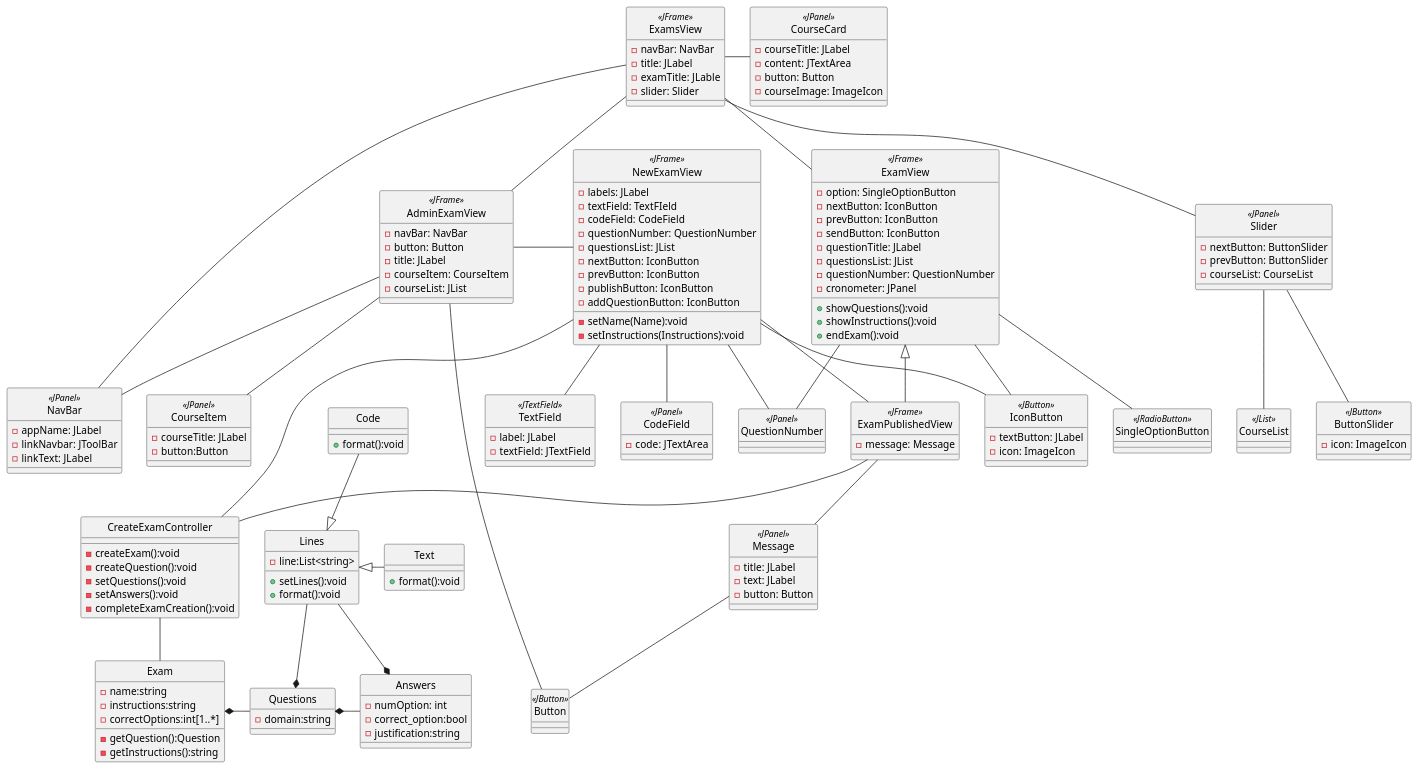
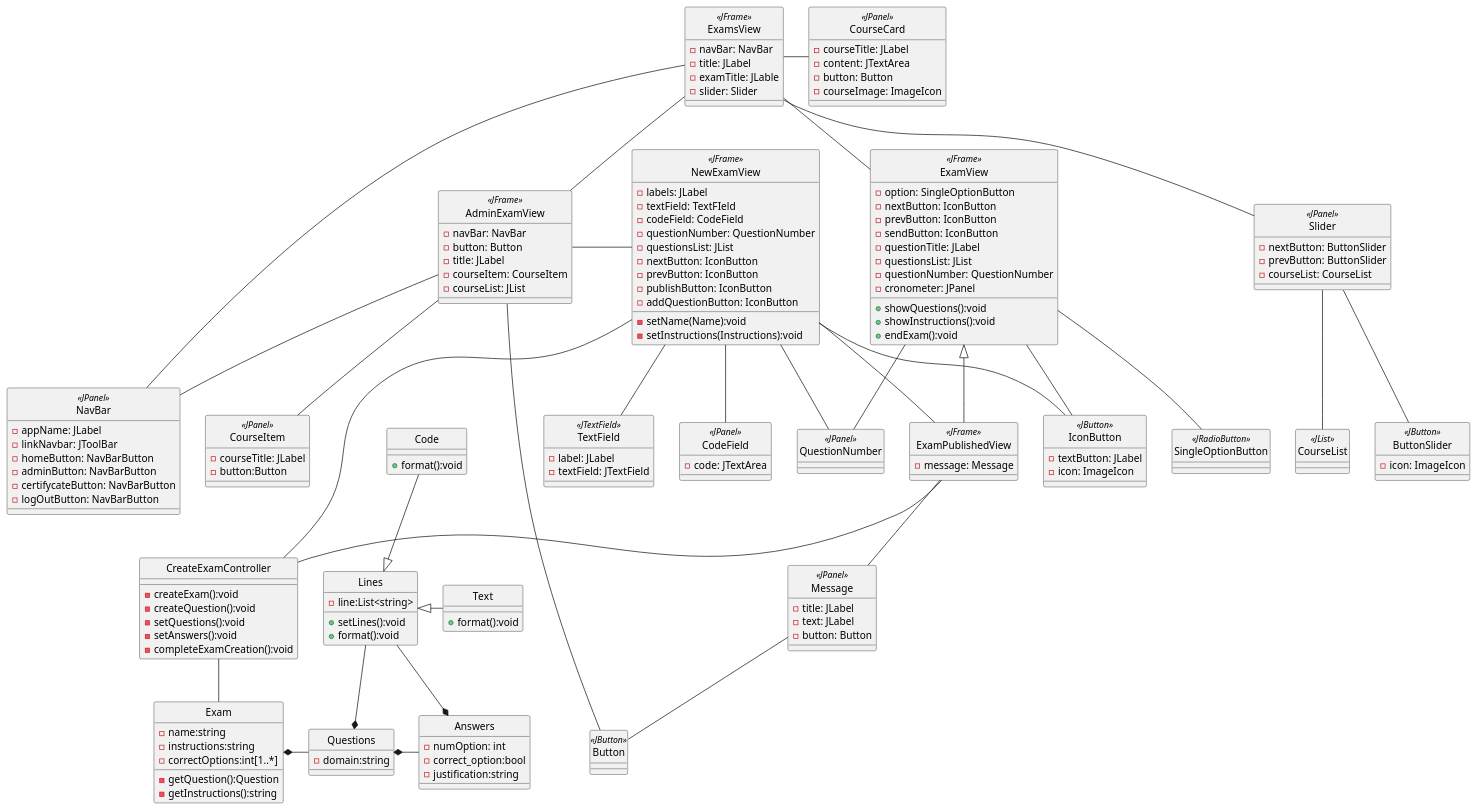
One commit to TheSProyect/Proyecto-IS-Grupo-1 changed the diagram in docs/logicalView/desingView/classDesign/Design-CreateExamClassDiagram.plantuml. Above: the diagram before and after it, drawn with PlantUML.

Commit message:
Update design diagram: CreateExamClassDiagram

```diff
--- a/docs/logicalView/desingView/classDesign/Design-CreateExamClassDiagram.plantuml
+++ b/docs/logicalView/desingView/classDesign/Design-CreateExamClassDiagram.plantuml
@@ -1,183 +1,186 @@
 @startuml Design-ClassDiagram
 skinparam style strictuml
 
 ' Ui Components
 class NavBar <<JPanel>>{
     -appName: JLabel
     -linkNavbar: JToolBar
-    -linkText: JLabel
+    -homeButton: NavBarButton
+    -adminButton: NavBarButton
+    -certifycateButton: NavBarButton
+    -logOutButton: NavBarButton
 __
 }
 class TextField <<JTextField>>{
     -label: JLabel
     -textField: JTextField
 __
 }
 class CodeField <<JPanel>>{
     -code: JTextArea
 }
 class Button <<JButton>>
 
 class ButtonSlider <<JButton>>{
     -icon: ImageIcon
 }
 class IconButton <<JButton>>{
     -textButton: JLabel
     -icon: ImageIcon
 }
 class CourseCard <<JPanel>>{
     -courseTitle: JLabel
     -content: JTextArea
     -button: Button
     -courseImage: ImageIcon
 }
 class CourseList <<JList>>
 
 class Slider <<JPanel>>{
     -nextButton: ButtonSlider
     -prevButton: ButtonSlider
     -courseList: CourseList
 }
 class SingleOptionButton <<JRadioButton>>
 class QuestionNumber <<JPanel>>
 class CourseItem <<JPanel>>{
     -courseTitle: JLabel
     -button:Button
 }
 class Message <<JPanel>>{
     -title: JLabel
     -text: JLabel
     -button: Button
 __
 }
 
 ' Views
 class ExamsView as "ExamsView" <<JFrame>> { /' MisExamenes'/
     -navBar: NavBar
     -title: JLabel
     -examTitle: JLable
     -slider: Slider
 __
 }
 class ExamView as "ExamView" <<JFrame>> { /' Examen'/
     -option: SingleOptionButton
     -nextButton: IconButton
     -prevButton: IconButton
     -sendButton: IconButton
     -questionTitle: JLabel
     -questionsList: JList
     -questionNumber: QuestionNumber
     -cronometer: JPanel
 __
     +showQuestions():void
     +showInstructions():void
     +endExam():void
 }
 
 class NewExamView as "NewExamView" <<JFrame>>{ /' CrearExamen'/
     -labels: JLabel
     -textField: TextFIeld
     -codeField: CodeField
     -questionNumber: QuestionNumber
     -questionsList: JList
     -nextButton: IconButton
     -prevButton: IconButton
     -publishButton: IconButton
     -addQuestionButton: IconButton
 __
     -setName(Name):void
     -setInstructions(Instructions):void
 }
 
 class ExamPublishedView as "ExamPublishedView" <<JFrame>> {/' ExamenCreado'/
     -message: Message
 }
 class AdminExamView as "AdminExamView" <<JFrame>>{ /' AdministradorExamenes'/
     -navBar: NavBar
     -button: Button
     -title: JLabel
     -courseItem: CourseItem
     -courseList: JList
 __
 }
 
 'Controllers
 class CreateExamController{
 __
     -createExam():void
     -createQuestion():void
     -setQuestions():void
     -setAnswers():void
     -completeExamCreation():void
 }
 
 'Models
 class Questions{
     -domain:string
 }
 class Answers {
     -numOption: int
     -correct_option:bool
     -justification:string
 }
 class Exam {
     -name:string
     -instructions:string
     -correctOptions:int[1..*]
 __
     -getQuestion():Question
     -getInstructions():string
 }
 
 
 class Lines {
     -line:List<string>
     +setLines():void
     +format():void
 }
 
 class Text {
     +format():void
 }
 
 class Code {
     +format():void
 }
 
 'Relations
 Slider -- ButtonSlider
 Slider -- CourseList
 
 ExamsView -- NavBar
 ExamsView -- Slider
 ExamsView -r- CourseCard
 AdminExamView -- NavBar
 AdminExamView -- Button
 AdminExamView -- CourseItem
 ExamView -- SingleOptionButton
 ExamView -- IconButton
 ExamView -- QuestionNumber
 NewExamView -- TextField
 NewExamView -- CodeField
 NewExamView -- QuestionNumber
 NewExamView -- IconButton
 ExamPublishedView -- Message
 Message -- Button
 
 ExamsView -- AdminExamView
 CreateExamController -u- NewExamView
 CreateExamController -u- ExamPublishedView
 CreateExamController -- Exam
 ExamPublishedView -u-|> ExamView
 
 ExamsView -- ExamView
 NewExamView -r- ExamPublishedView
 AdminExamView -r- NewExamView
 Questions *-r- Answers
 Exam *-r- Questions
 Lines <|-u- Code
 Lines <|-r- Text
 Lines --* Answers
 Lines --* Questions
 
 @enduml
```
